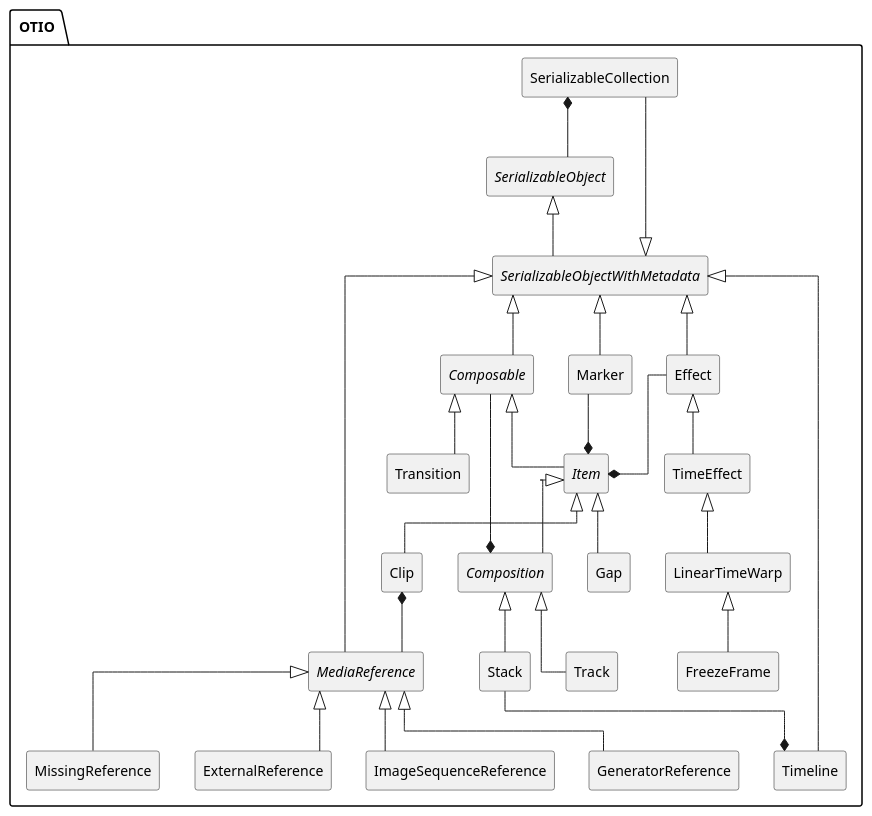
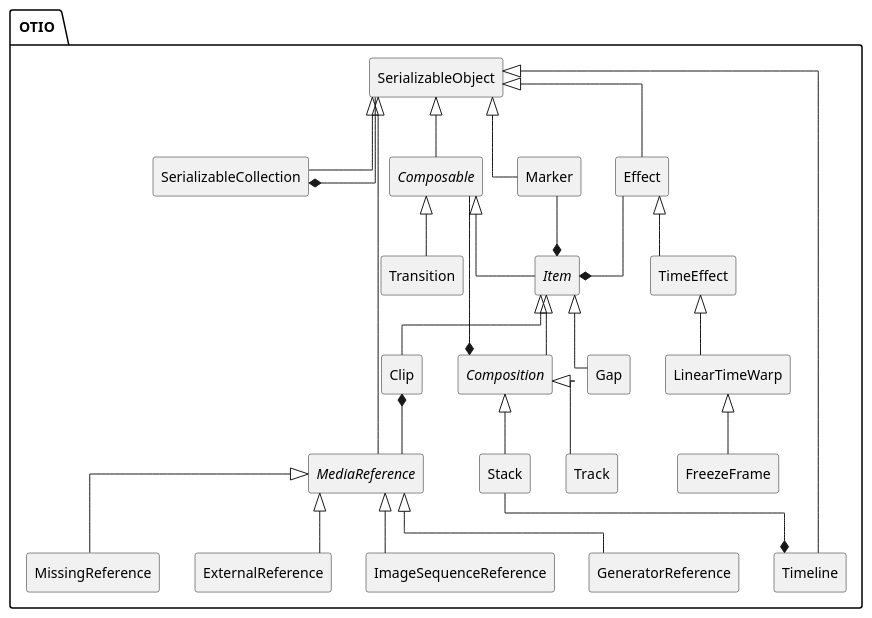
The first of 31 diagrams in src/main/md/otio-core.md (sandflow/otio-core-specification), drawn with PlantUML before and after one commit. The commit also changed other lines of this file, not shown here.

Commit message:
Merge SerializableObjectWithMetadata into SerializableObject (#4)

```diff
--- a/src/main/md/otio-core.md
+++ b/src/main/md/otio-core.md
@@ -26,21 +26,16 @@
 
 package OTIO <<Folder>> {
 
+class SerializableObject [[#object-model-SerializableObject]]
+
+SerializableObject <|-down- SerializableCollection
+SerializableObject <|-down- Timeline
+SerializableObject <|-down- Composable
+SerializableObject <|-down- Marker
+SerializableObject <|-down- Effect
+SerializableObject <|-down- MediaReference
+
 class SerializableCollection [[#object-model-SerializableCollection]]
-SerializableCollection *-- SerializableObject
-SerializableObjectWithMetadata <|-down- SerializableCollection
-
-
-SerializableObject <|-down- SerializableObjectWithMetadata
-
-SerializableObjectWithMetadata <|-down- Timeline
-SerializableObjectWithMetadata <|-down- Composable
-SerializableObjectWithMetadata <|-down- Marker
-SerializableObjectWithMetadata <|-down- Effect
-SerializableObjectWithMetadata <|-down- MediaReference
-
-abstract class SerializableObjectWithMetadata [[#object-model-SerializableObjectWithMetadata]]
-interface SerializableObject [[#object-model-SerializableObject]]
 abstract class Composable [[#object-model-Composable]]
 class TimeEffect [[#object-model-TimeEffect]]
 abstract class Item [[#object-model-Item]]
@@ -62,6 +57,8 @@
 class Stack [[#object-model-Stack]]
 class Track [[#object-model-Track]]
 
+SerializableCollection *-- SerializableObject
+
 Stack --* Timeline
 
 Composable <|-- Item
@@ -72,7 +69,6 @@
 Item <|-- Composition
 
 Marker --* Item
-
 
 Effect --* Item
 Effect <|-- TimeEffect
```
